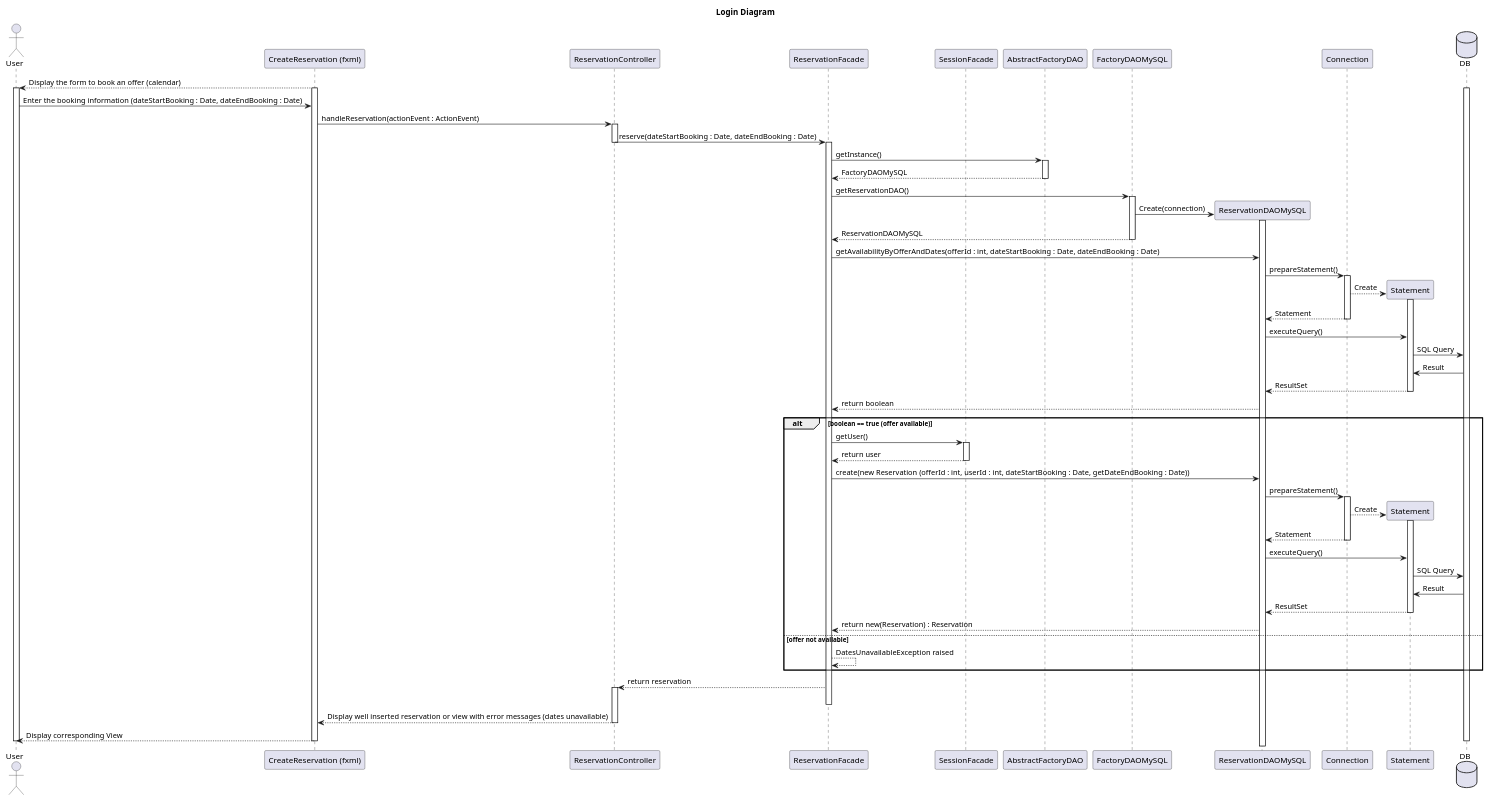
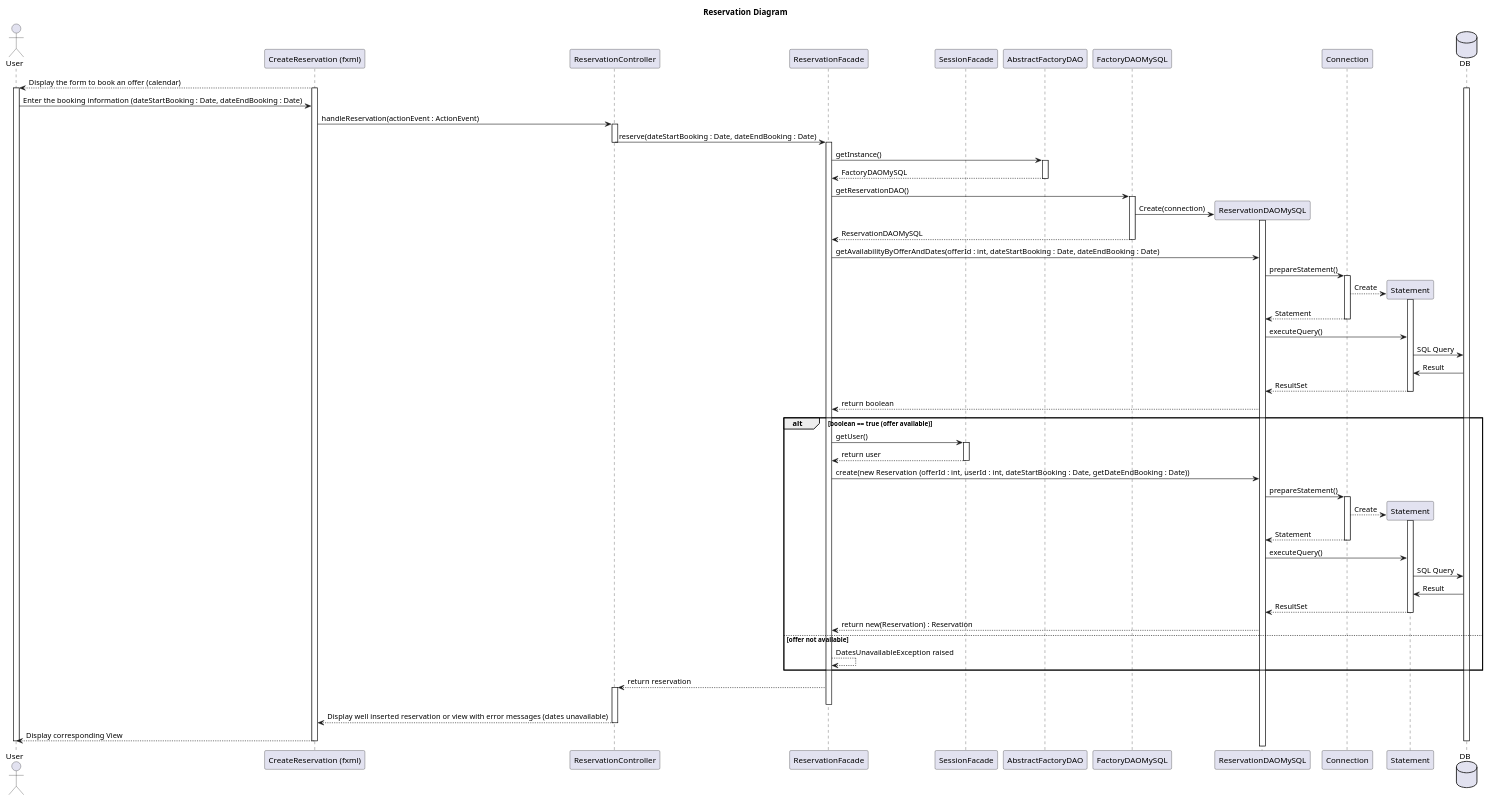
Before and after one commit to LaunoisRemy/ToolShare: the diagram in documents/diagram/reservation/reservationSequence.puml, drawn with PlantUML.

Commit message:
UPDATE : change reservation name

```diff
--- a/documents/diagram/reservation/reservationSequence.puml
+++ b/documents/diagram/reservation/reservationSequence.puml
@@ -1,126 +1,126 @@
 @startuml
-title Login Diagram
+title Reservation Diagram
 
 actor User
 participant "CreateReservation (fxml)"
 participant ReservationController
 participant ReservationFacade
 participant SessionFacade
 participant AbstractFactoryDAO
 participant FactoryDAOMySQL
 participant ReservationDAOMySQL
 participant Connection
 participant Statement
 database DB
 
 
 "CreateReservation (fxml)"-->User: Display the form to book an offer (calendar)
 
 activate "CreateReservation (fxml)"
 activate User
 activate DB
 
 
 User->"CreateReservation (fxml)": Enter the booking information (dateStartBooking : Date, dateEndBooking : Date)
 
 "CreateReservation (fxml)"->ReservationController: handleReservation(actionEvent : ActionEvent)
 
 activate ReservationController
 
 ReservationController->ReservationFacade:reserve(dateStartBooking : Date, dateEndBooking : Date)
 
 deactivate ReservationController
 
 activate ReservationFacade
 
 ReservationFacade->AbstractFactoryDAO:getInstance()
 activate AbstractFactoryDAO
 
 AbstractFactoryDAO--> ReservationFacade : FactoryDAOMySQL
 deactivate AbstractFactoryDAO
 
 ReservationFacade -> FactoryDAOMySQL:getReservationDAO()
 
 activate FactoryDAOMySQL
 
 FactoryDAOMySQL->ReservationDAOMySQL **:Create(connection)
 
 activate ReservationDAOMySQL
 FactoryDAOMySQL-->ReservationFacade:ReservationDAOMySQL
 
 deactivate FactoryDAOMySQL
 
 ReservationFacade->ReservationDAOMySQL: getAvailabilityByOfferAndDates(offerId : int, dateStartBooking : Date, dateEndBooking : Date)
 
 ReservationDAOMySQL->Connection: prepareStatement()
 activate Connection
 Connection-->Statement **: Create
 
 activate Statement
 
 Connection-->ReservationDAOMySQL: Statement
 
 deactivate Connection
 
 ReservationDAOMySQL->Statement:executeQuery()
 
 Statement->DB: SQL Query
 
 DB->Statement:Result
 
 Statement-->ReservationDAOMySQL: ResultSet
 
 deactivate Statement
 
 ReservationDAOMySQL-->ReservationFacade: return boolean
 
 alt boolean == true (offer available)
 
     ReservationFacade->SessionFacade: getUser()
     activate SessionFacade
     SessionFacade-->ReservationFacade: return user
     deactivate SessionFacade
 
     ReservationFacade->ReservationDAOMySQL: create(new Reservation (offerId : int, userId : int, dateStartBooking : Date, getDateEndBooking : Date))
 
     ReservationDAOMySQL->Connection: prepareStatement()
     activate Connection
     Connection-->Statement **: Create
 
     activate Statement
 
     Connection-->ReservationDAOMySQL: Statement
 
     deactivate Connection
 
     ReservationDAOMySQL->Statement:executeQuery()
 
     Statement->DB: SQL Query
 
     DB->Statement:Result
 
     Statement-->ReservationDAOMySQL: ResultSet
 
     deactivate Statement
 
     ReservationDAOMySQL-->ReservationFacade: return new(Reservation) : Reservation
 
 else offer not available
     ReservationFacade-->ReservationFacade:DatesUnavailableException raised
 end
 
 ReservationFacade-->ReservationController : return reservation
     activate ReservationController
 
     deactivate ReservationFacade
 
 ReservationController-->"CreateReservation (fxml)": Display well inserted reservation or view with error messages (dates unavailable)
 
 deactivate ReservationController
 
 "CreateReservation (fxml)"-->User: Display corresponding View
 deactivate "CreateReservation (fxml)"
 deactivate DB
 deactivate User
 
 @enduml
```
